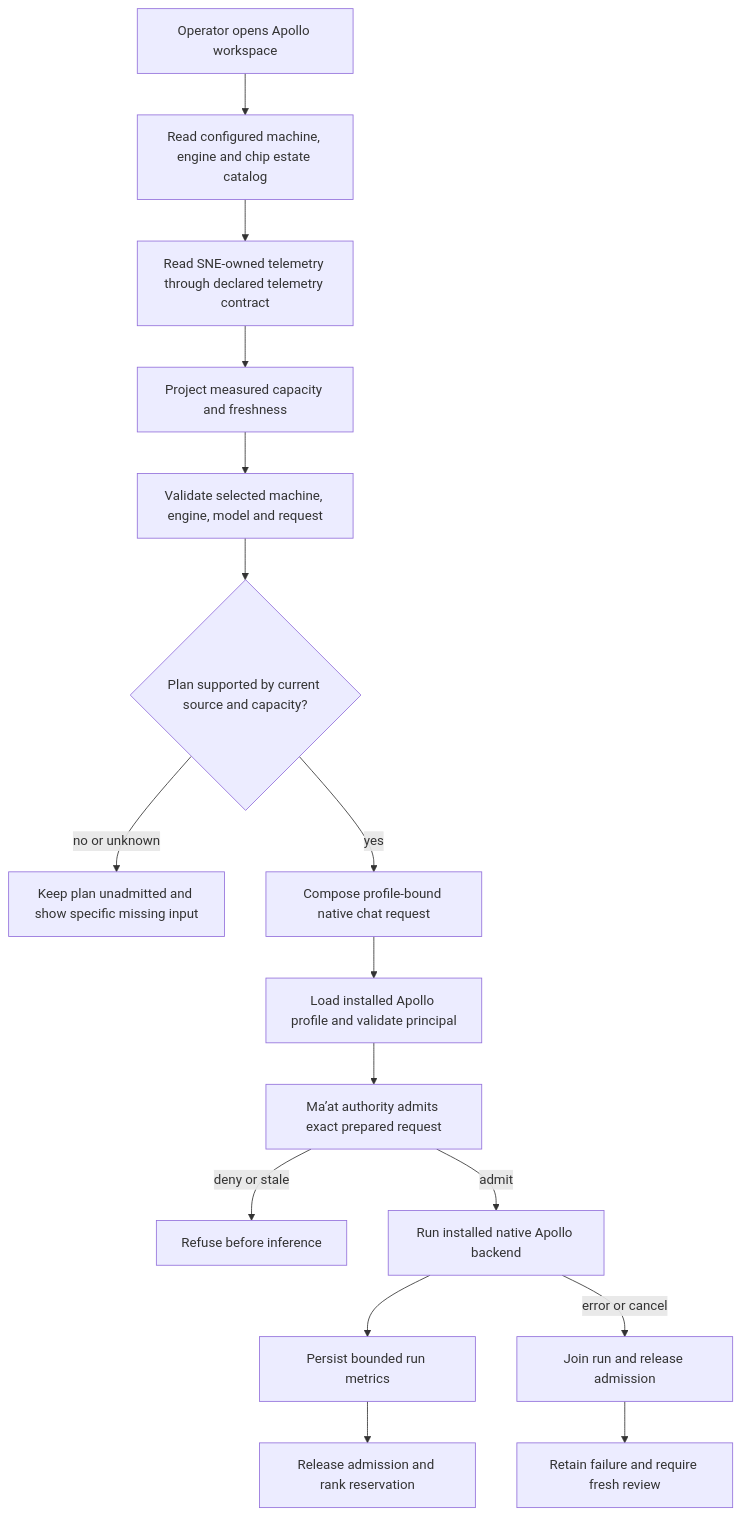
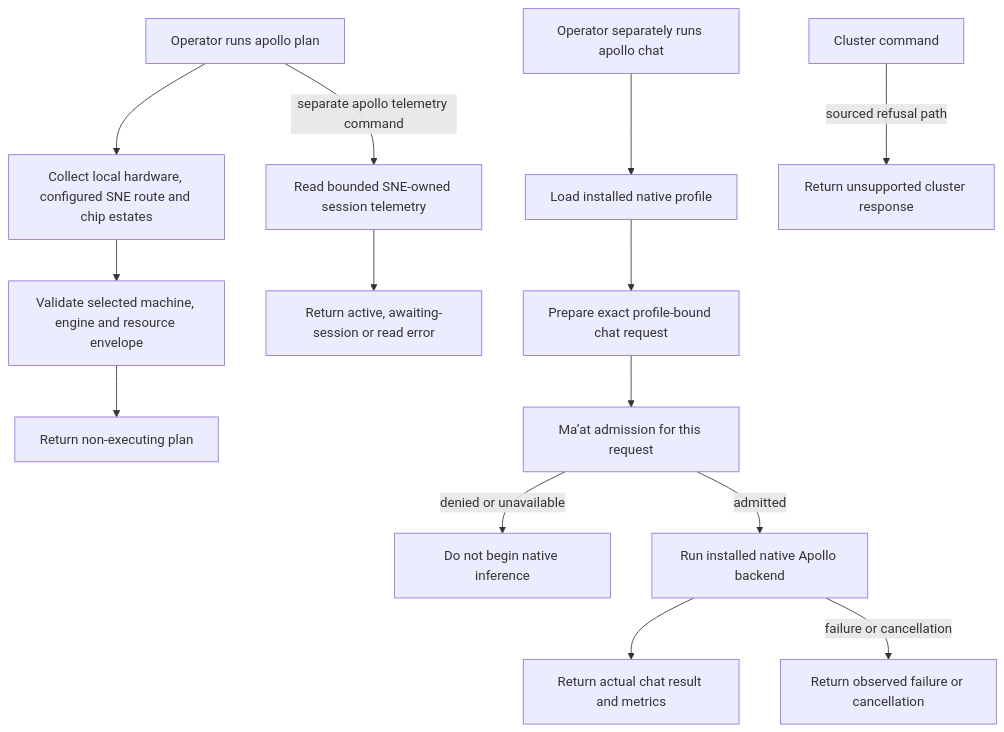
The third of 45 diagrams in docs/stacklab/pantheon-pt/canon/DIAGRAMS_PRODUCT_OPERATIONS.md (SirsiMaster/sirsi-pantheon), drawn with Mermaid before and after one commit. The commit also changed other lines of this file and 2 other files, not shown here.

Commit message:
docs(stacklab): align workflow diagrams with actual effects and recovery

````diff
--- a/docs/stacklab/pantheon-pt/canon/DIAGRAMS_PRODUCT_OPERATIONS.md
+++ b/docs/stacklab/pantheon-pt/canon/DIAGRAMS_PRODUCT_OPERATIONS.md
@@ -110,18 +110,16 @@
 ```mermaid
 flowchart TD
-  U[Operator opens Apollo workspace] --> CAT[Read configured machine, engine and chip estate catalog]
-  CAT --> TEL[Read SNE-owned telemetry through declared telemetry contract]
-  TEL --> CAP[Project measured capacity and freshness]
-  CAP --> PLAN[Validate selected machine, engine, model and request]
-  PLAN --> READY{Plan supported by current source and capacity?}
-  READY -->|no or unknown| HOLD[Keep plan unadmitted and show specific missing input]
-  READY -->|yes| PREP[Compose profile-bound native chat request]
-  PREP --> PROFILE[Load installed Apollo profile and validate principal]
-  PROFILE --> ADMIT[Ma’at authority admits exact prepared request]
-  ADMIT -->|deny or stale| REF[Refuse before inference]
-  ADMIT -->|admit| RUN[Run installed native Apollo backend]
-  RUN --> MET[Persist bounded run metrics]
-  MET --> REL[Release admission and rank reservation]
-  RUN -->|error or cancel| JOIN[Join run and release admission]
-  JOIN --> REC[Retain failure and require fresh review]
+  OP[Operator runs apollo plan] --> COLLECT[Collect local hardware, configured SNE route and chip estates]
+  COLLECT --> BUILD[Validate selected machine, engine and resource envelope]
+  BUILD --> PLAN[Return non-executing plan]
+  OP -->|separate apollo telemetry command| READ[Read bounded SNE-owned session telemetry]
+  READ --> TELEMETRY[Return active, awaiting-session or read error]
+  CHAT[Operator separately runs apollo chat] --> PROFILE[Load installed native profile]
+  PROFILE --> PREP[Prepare exact profile-bound chat request]
+  PREP --> ADMIT[Ma’at admission for this request]
+  ADMIT -->|denied or unavailable| REFUSE[Do not begin native inference]
+  ADMIT -->|admitted| RUN[Run installed native Apollo backend]
+  RUN --> RESULT[Return actual chat result and metrics]
+  RUN -->|failure or cancellation| FAIL[Return observed failure or cancellation]
+  CLUSTER[Cluster command] -->|sourced refusal path| REFUSECLUSTER[Return unsupported cluster response]
 ```
````
